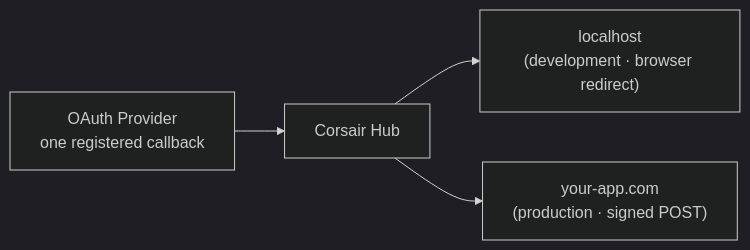
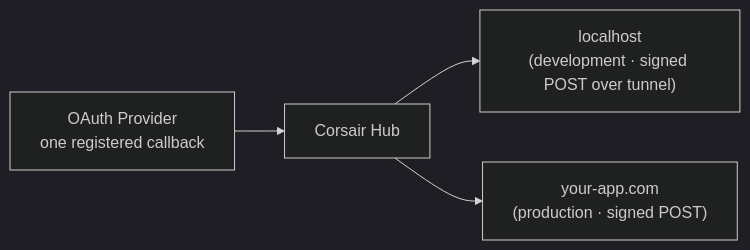
One commit to corsairdev/corsair changed the diagram in docs/hub/delivery-urls.mdx. Above: the diagram before and after it, drawn with Mermaid (dark theme). The commit also changed other lines of this file and 116 other files, not shown here.

````diff
--- a/docs/hub/delivery-urls.mdx
+++ b/docs/hub/delivery-urls.mdx
@@ -10,11 +10,11 @@
 ```mermaid
 flowchart LR
     P["OAuth Provider<br/>one registered callback"]
     H[Corsair Hub]
-    D["localhost<br/>(development · browser redirect)"]
+    D["localhost<br/>(development · signed POST over tunnel)"]
     Pr["your-app.com<br/>(production · signed POST)"]
 
     P --> H
     H --> D
     H --> Pr
 ```
````
